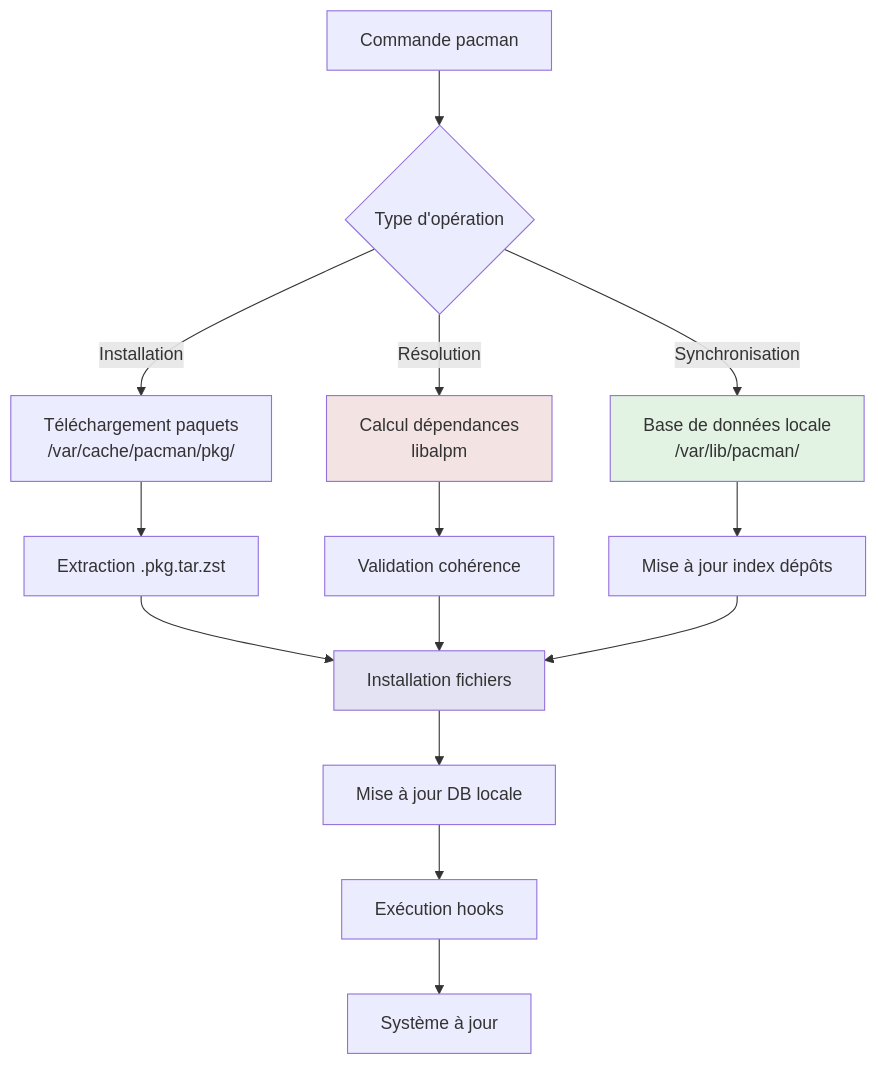
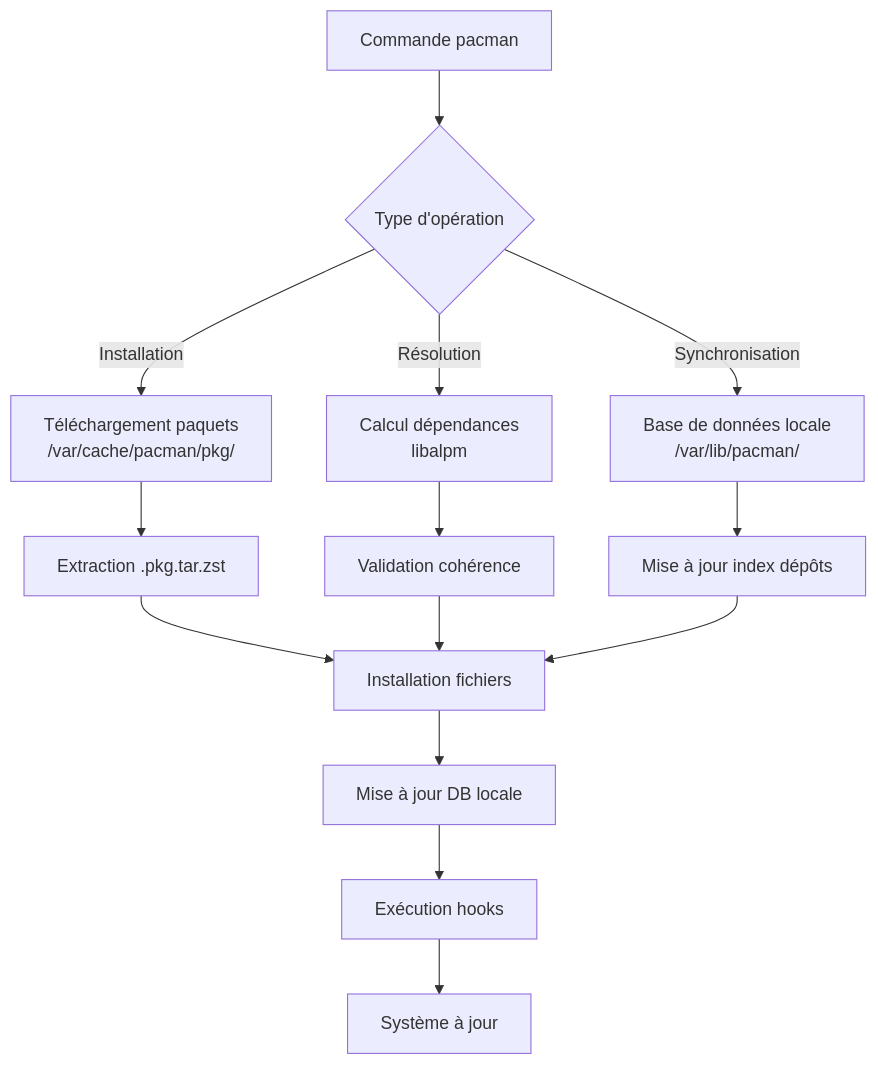
One commit to zyrass/omnydocs changed the second of 3 diagrams in docs/bases/paquets/pacman-arch.md. Above: the diagram before and after it, drawn with Mermaid. The commit also changed other lines of this file and 671 other files, not shown here.

````diff
--- a/docs/bases/paquets/pacman-arch.md
+++ b/docs/bases/paquets/pacman-arch.md
@@ -166,24 +132,23 @@
 ```mermaid
-graph TB
-    A[Commande pacman] --> B{Type d'opération}
-    
-    B -->|Synchronisation| C[Base de données locale<br/>/var/lib/pacman/]
-    B -->|Installation| D[Téléchargement paquets<br/>/var/cache/pacman/pkg/]
-    B -->|Résolution| E[Calcul dépendances<br/>libalpm]
-    
-    C --> F[Mise à jour index dépôts]
-    D --> G[Extraction .pkg.tar.zst]
-    E --> H[Validation cohérence]
-    
-    G --> I[Installation fichiers]
+flowchart TB
+    A["Commande pacman"]
+    B{"Type d'opération"}
+
+    A --> B
+
+    B -->|Synchronisation| C["Base de données locale<br />/var/lib/pacman/"]
+    B -->|Installation| D["Téléchargement paquets<br />/var/cache/pacman/pkg/"]
+    B -->|Résolution| E["Calcul dépendances<br />libalpm"]
+
+    C --> F["Mise à jour index dépôts"]
+    D --> G["Extraction .pkg.tar.zst"]
+    E --> H["Validation cohérence"]
+
+    G --> I["Installation fichiers"]
     H --> I
     F --> I
-    
-    I --> J[Mise à jour DB locale]
-    J --> K[Exécution hooks]
-    K --> L[Système à jour]
-    
-    style C fill:#e3f3e3
-    style E fill:#f3e3e3
-    style I fill:#e3e3f3
+
+    I --> J["Mise à jour DB locale"]
+    J --> K["Exécution hooks"]
+    K --> L["Système à jour"]
 ```
````
